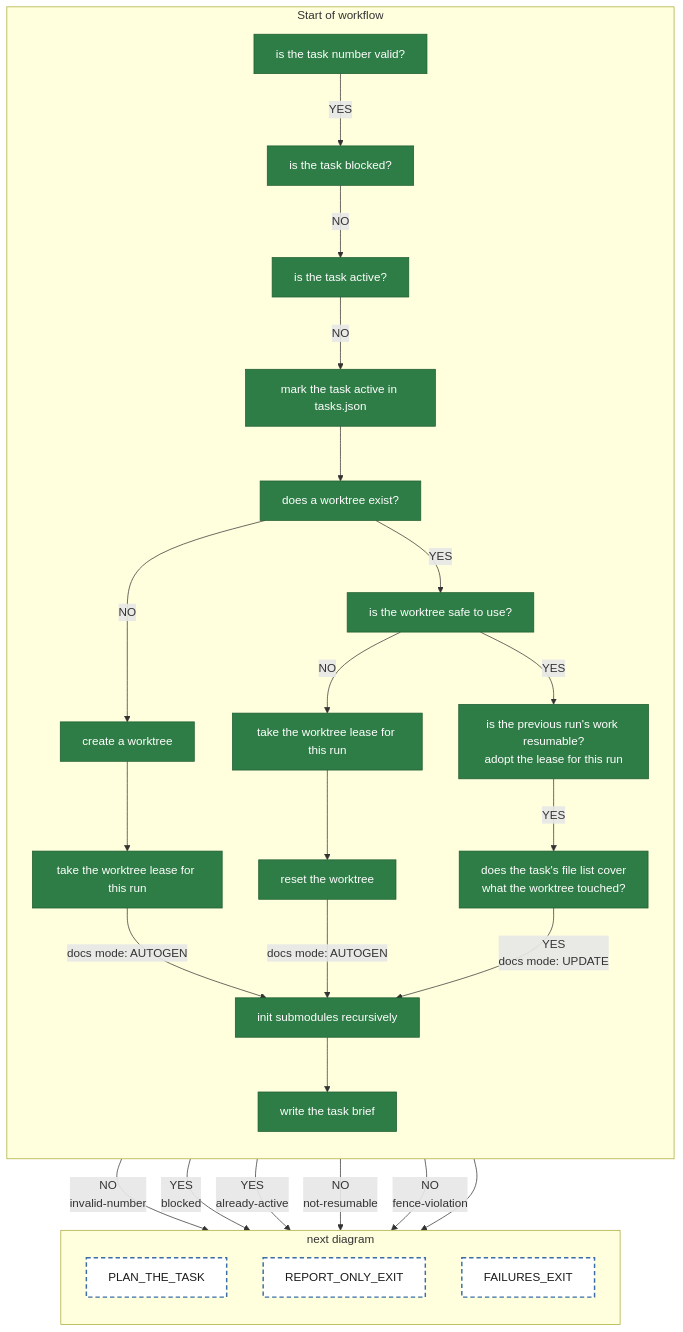
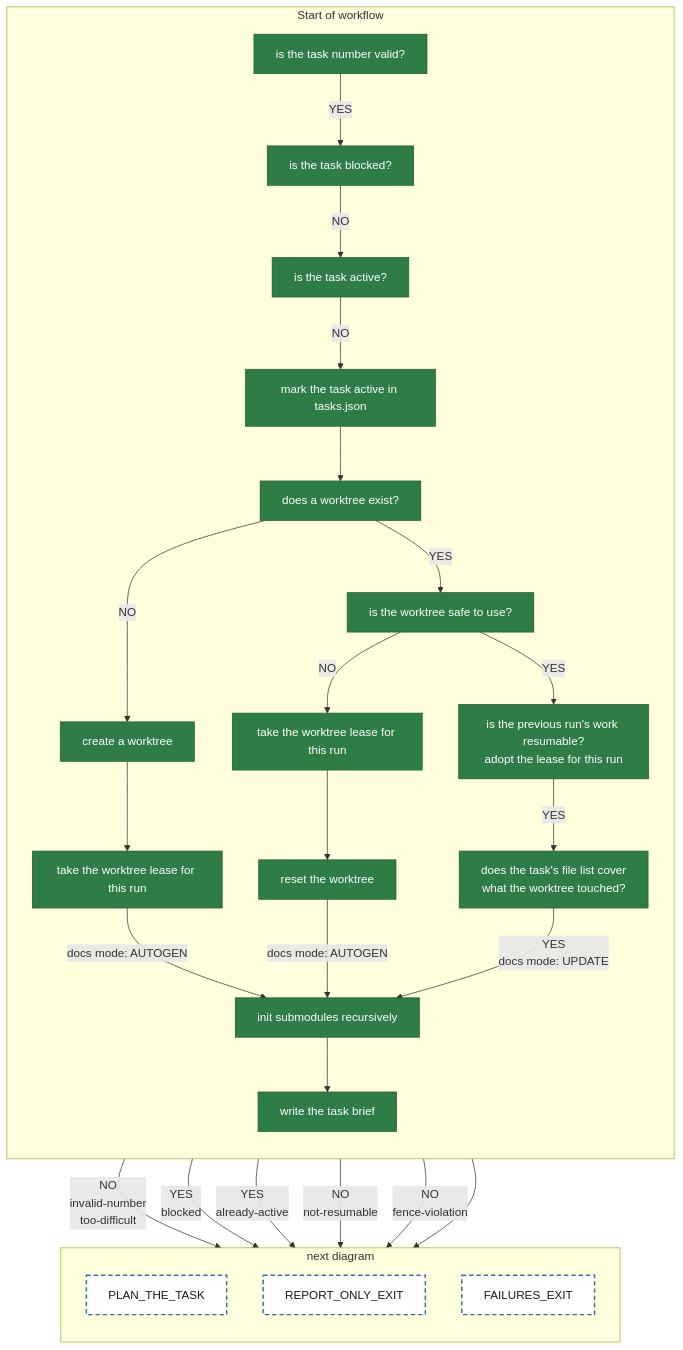
Before and after one commit to matkatmusic/taskTools: the diagram in diagrams/tackle-tasks/pipeline-preambleStatusCheck.mmd, drawn with Mermaid. The commit also changed 1 other file, not shown here.

Commit message:
updated preamble diagram to bail when tasks are too difficult

```diff
--- a/diagrams/tackle-tasks/pipeline-preambleStatusCheck.mmd
+++ b/diagrams/tackle-tasks/pipeline-preambleStatusCheck.mmd
@@ -1,57 +1,57 @@
 flowchart TB
 %% One agent() call. /run-step starts at PREAMBLE_STATUS_CHECK. Every path ends at an orange block, a dashed block, or STOP.
 
   subgraph preambleStatusCheck ["Start of workflow"]
     direction TB
     PREAMBLE_STATUS_CHECK["is the task number valid?"]
     IS_TASK_BLOCKED_Q["is the task blocked?"]
     IS_TASK_ACTIVE_Q["is the task active?"]
     MARK_TASK_ACTIVE["mark the task active in tasks.json"]
     DOES_WORKTREE_EXIST_Q["does a worktree exist?"]
     CREATE_WORKTREE["create a worktree"]
     TAKE_WORKTREE_LEASE["take the worktree lease for this run"]
     IS_WORKTREE_SAFE_TO_USE_Q["is the worktree safe to use?"]
     TAKE_WORKTREE_LEASE_BEFORE_RESET["take the worktree lease for this run"]
     RESET_WORKTREE["reset the worktree"]
     IS_PREVIOUS_RUN_RESUMABLE_Q["is the previous run's work resumable?<br/>adopt the lease for this run"]
     DOES_FENCE_COVER_WORKTREE_Q["does the task's file list cover<br/>what the worktree touched?"]
     INIT_SUBMODULES_RECURSIVELY["init submodules recursively"]
     DOCUMENT_GENERATION["write the task brief"]
   end
   subgraph preambleStatusCheckNext ["next diagram"]
     direction TB
     PLAN_THE_TASK["PLAN_THE_TASK"]
     REPORT_ONLY_EXIT["REPORT_ONLY_EXIT"]
     FAILURES_EXIT["FAILURES_EXIT"]
   end
   preambleStatusCheck ~~~ preambleStatusCheckNext
 
-  PREAMBLE_STATUS_CHECK -- "NO<br/>invalid-number" --> REPORT_ONLY_EXIT
+  PREAMBLE_STATUS_CHECK -- "NO<br/>invalid-number<br/>too-difficult" --> REPORT_ONLY_EXIT
   PREAMBLE_STATUS_CHECK -- "YES" --> IS_TASK_BLOCKED_Q
   IS_TASK_BLOCKED_Q -- "YES<br/>blocked" --> REPORT_ONLY_EXIT
   IS_TASK_BLOCKED_Q -- "NO" --> IS_TASK_ACTIVE_Q
   IS_TASK_ACTIVE_Q -- "YES<br/>already-active" --> REPORT_ONLY_EXIT
   IS_TASK_ACTIVE_Q -- "NO" --> MARK_TASK_ACTIVE
   MARK_TASK_ACTIVE --> DOES_WORKTREE_EXIST_Q
   DOES_WORKTREE_EXIST_Q -- "NO" --> CREATE_WORKTREE
   CREATE_WORKTREE --> TAKE_WORKTREE_LEASE
   TAKE_WORKTREE_LEASE -- "docs mode: AUTOGEN" --> INIT_SUBMODULES_RECURSIVELY
   DOES_WORKTREE_EXIST_Q -- "YES" --> IS_WORKTREE_SAFE_TO_USE_Q
   IS_WORKTREE_SAFE_TO_USE_Q -- "NO" --> TAKE_WORKTREE_LEASE_BEFORE_RESET
   TAKE_WORKTREE_LEASE_BEFORE_RESET --> RESET_WORKTREE
   RESET_WORKTREE -- "docs mode: AUTOGEN" --> INIT_SUBMODULES_RECURSIVELY
   IS_WORKTREE_SAFE_TO_USE_Q -- "YES" --> IS_PREVIOUS_RUN_RESUMABLE_Q
   IS_PREVIOUS_RUN_RESUMABLE_Q -- "NO<br/>not-resumable" --> FAILURES_EXIT
   IS_PREVIOUS_RUN_RESUMABLE_Q -- "YES" --> DOES_FENCE_COVER_WORKTREE_Q
   DOES_FENCE_COVER_WORKTREE_Q -- "NO<br/>fence-violation" --> FAILURES_EXIT
   DOES_FENCE_COVER_WORKTREE_Q -- "YES<br/>docs mode: UPDATE" --> INIT_SUBMODULES_RECURSIVELY
   INIT_SUBMODULES_RECURSIVELY --> DOCUMENT_GENERATION
   DOCUMENT_GENERATION --> PLAN_THE_TASK
 
   classDef script fill:#2f7d46,stroke:#1e5c31,color:#ffffff
   classDef returns_a_prompt fill:#e07b39,stroke:#a8541f,color:#1a1a1a
   classDef fail fill:red,stroke:#254a70,color:#ffffff
   classDef output fill:#3b6ea5,stroke:#254a70,color:#ffffff
   classDef next_diagram fill:#ffffff,stroke:#3b6ea5,stroke-width:2px,stroke-dasharray:6 4,color:#1a1a1a
   class PREAMBLE_STATUS_CHECK,IS_TASK_BLOCKED_Q,IS_TASK_ACTIVE_Q,MARK_TASK_ACTIVE,DOES_WORKTREE_EXIST_Q,CREATE_WORKTREE,TAKE_WORKTREE_LEASE,IS_WORKTREE_SAFE_TO_USE_Q,TAKE_WORKTREE_LEASE_BEFORE_RESET,RESET_WORKTREE,IS_PREVIOUS_RUN_RESUMABLE_Q,DOES_FENCE_COVER_WORKTREE_Q,INIT_SUBMODULES_RECURSIVELY,DOCUMENT_GENERATION script
   class PLAN_THE_TASK,REPORT_ONLY_EXIT,FAILURES_EXIT next_diagram
```
